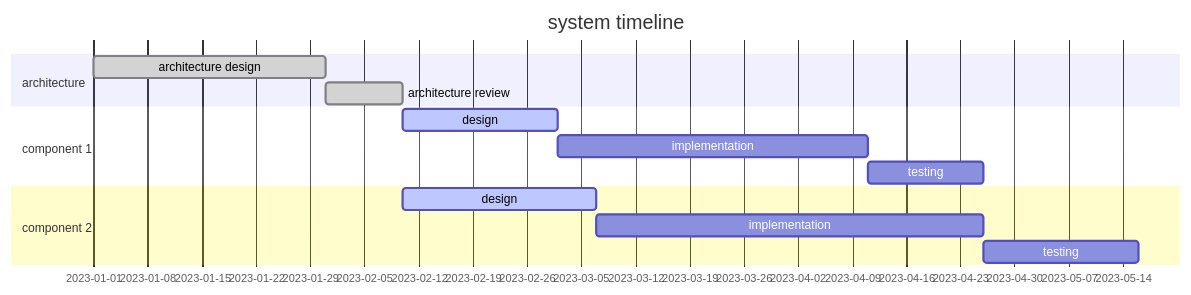
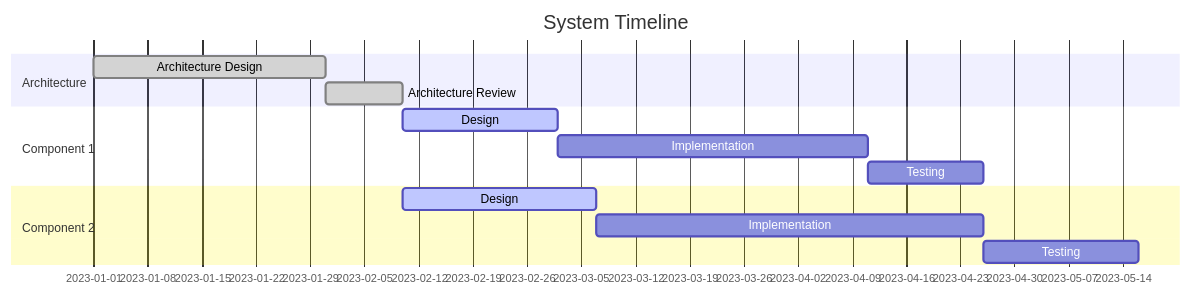
The fourth of 4 diagrams in .cursor/rules/isolation_rules/level4/task-tracking-advanced.mdc (ubranch/shotgun), drawn with Mermaid before and after one commit. The commit also changed other lines of this file and 81 other files, not shown here.

````diff
--- a/.cursor/rules/isolation_rules/level4/task-tracking-advanced.mdc
+++ b/.cursor/rules/isolation_rules/level4/task-tracking-advanced.mdc
@@ -304,19 +304,19 @@
 ```mermaid
 gantt
-    title system timeline
-    dateformat  yyyy-mm-dd
+    title System Timeline
+    dateFormat  YYYY-MM-DD
     
-    section architecture
-    architecture design    :done, arch, 2023-01-01, 30d
-    architecture review    :done, arch-rev, after arch, 10d
+    section Architecture
+    Architecture Design    :done, arch, 2023-01-01, 30d
+    Architecture Review    :done, arch-rev, after arch, 10d
     
-    section component 1
-    design                 :active, c1-des, after arch-rev, 20d
-    implementation         :c1-imp, after c1-des, 40d
-    testing                :c1-test, after c1-imp, 15d
+    section Component 1
+    Design                 :active, c1-des, after arch-rev, 20d
+    Implementation         :c1-imp, after c1-des, 40d
+    Testing                :c1-test, after c1-imp, 15d
     
-    section component 2
-    design                 :active, c2-des, after arch-rev, 25d
-    implementation         :c2-imp, after c2-des, 50d
-    testing                :c2-test, after c2-imp, 20d
+    section Component 2
+    Design                 :active, c2-des, after arch-rev, 25d
+    Implementation         :c2-imp, after c2-des, 50d
+    Testing                :c2-test, after c2-imp, 20d
 ```
````
